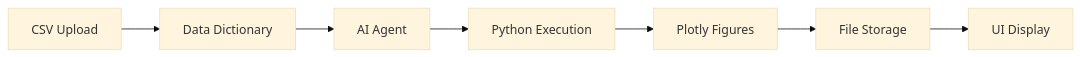
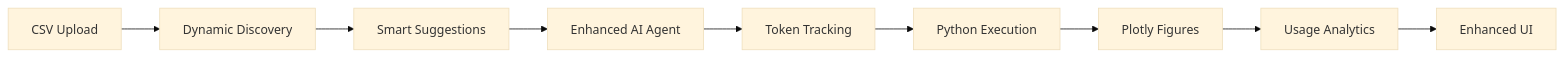
One commit to apiasak/AgenticDataAnalysis changed the diagram in memory-bank/activeContext.md. Above: the diagram before and after it, drawn with Mermaid (base theme). The commit also changed other lines of this file and 5 other files, not shown here.

````diff
--- a/memory-bank/activeContext.md
+++ b/memory-bank/activeContext.md
@@ -35,9 +37,11 @@
 ```mermaid
 flowchart LR
-    Upload[CSV Upload] --> Dict[Data Dictionary]
-    Dict --> Agent[AI Agent]
-    Agent --> Code[Python Execution]
+    Upload[CSV Upload] --> Discovery[Dynamic Discovery]
+    Discovery --> Suggestions[Smart Suggestions]
+    Suggestions --> Agent[Enhanced AI Agent]
+    Agent --> Tracking[Token Tracking]
+    Tracking --> Code[Python Execution]
     Code --> Viz[Plotly Figures]
-    Viz --> Storage[File Storage]
-    Storage --> Display[UI Display]
+    Viz --> Analytics[Usage Analytics]
+    Analytics --> Display[Enhanced UI]
 ```
````
